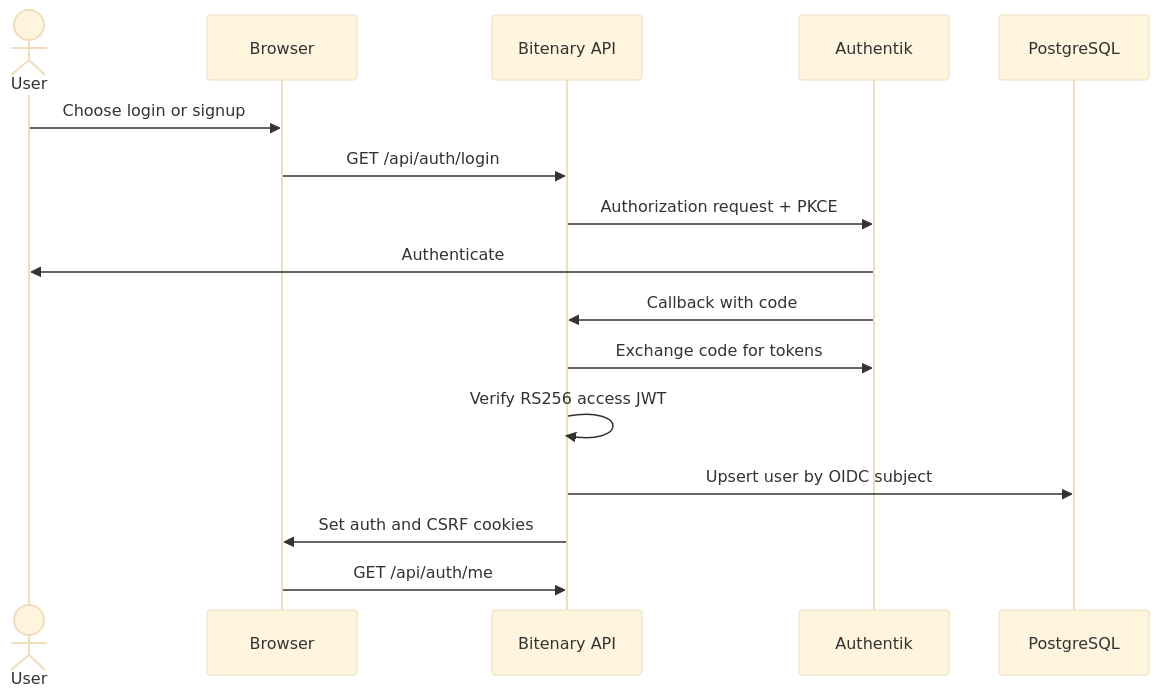
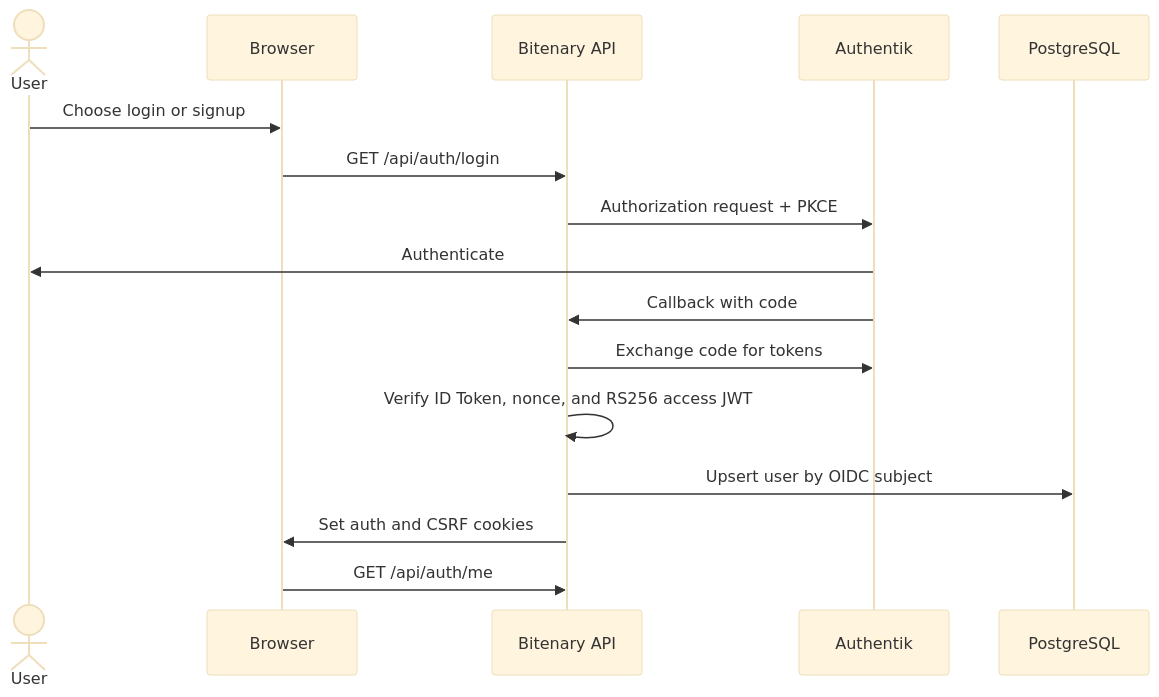
One commit to n0thing2c/Bitenary changed the diagram in readme/web-authentication.md. Above: the diagram before and after it, drawn with Mermaid (base theme). The commit also changed other lines of this file and 4 other files, not shown here.

Commit message:
fix(security): Verify ID token and nonce

````diff
--- a/readme/web-authentication.md
+++ b/readme/web-authentication.md
@@ -20,19 +20,19 @@
 ```mermaid
 sequenceDiagram
     actor User
     participant Browser
     participant Backend as Bitenary API
     participant Authentik
     participant DB as PostgreSQL
 
     User->>Browser: Choose login or signup
     Browser->>Backend: GET /api/auth/login
     Backend->>Authentik: Authorization request + PKCE
     Authentik->>User: Authenticate
     Authentik->>Backend: Callback with code
     Backend->>Authentik: Exchange code for tokens
-    Backend->>Backend: Verify RS256 access JWT
+    Backend->>Backend: Verify ID Token, nonce, and RS256 access JWT
     Backend->>DB: Upsert user by OIDC subject
     Backend->>Browser: Set auth and CSRF cookies
     Browser->>Backend: GET /api/auth/me
 ```
````
